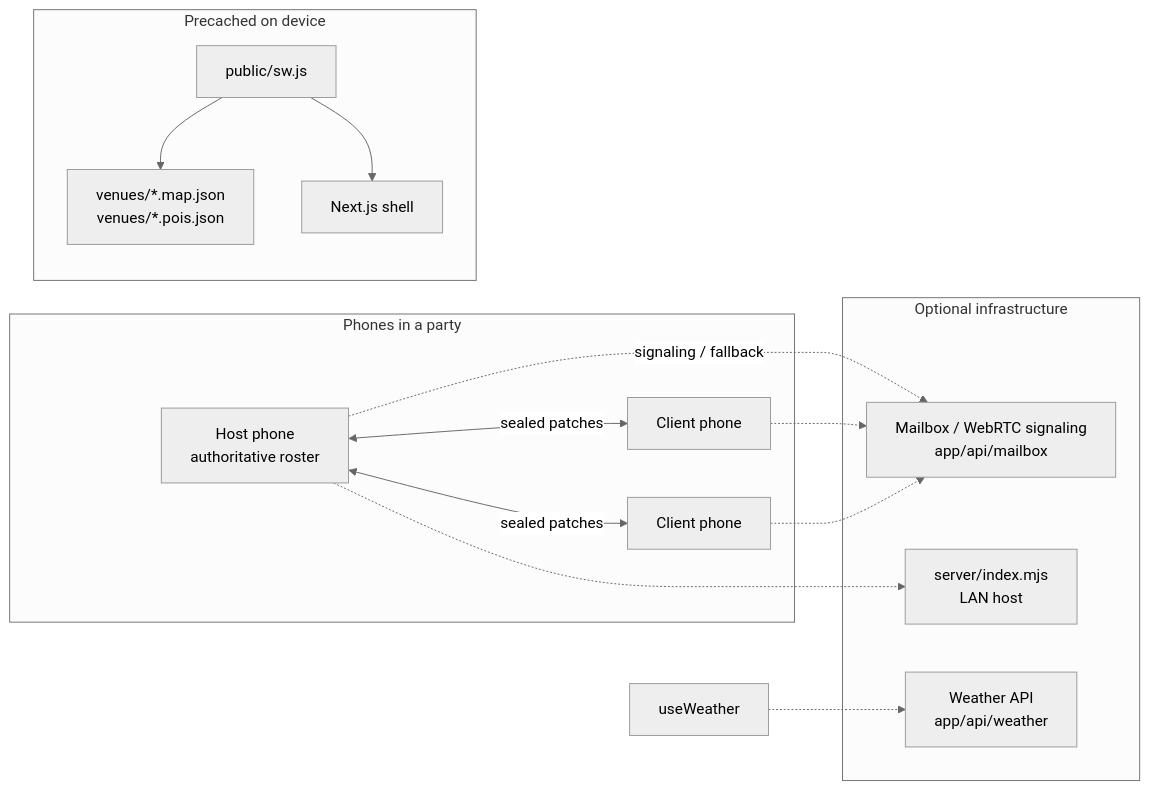
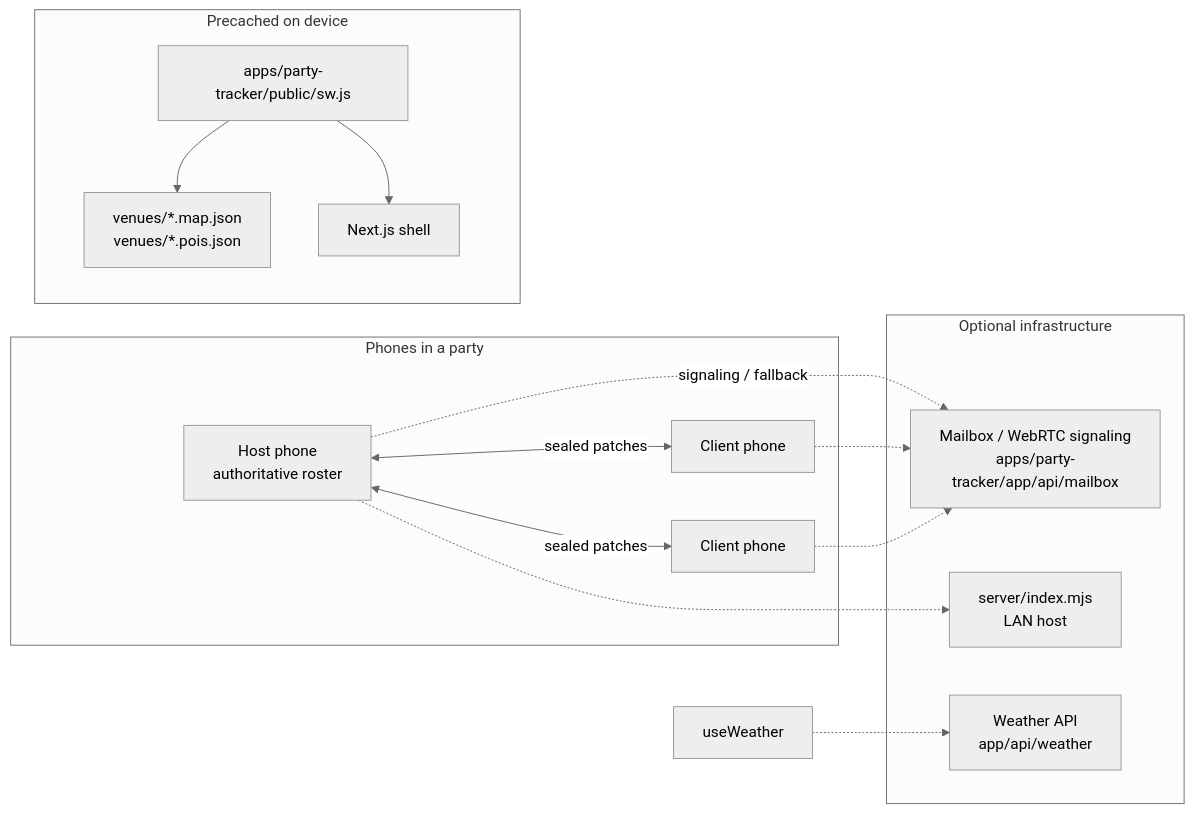
One commit to parthalon025/six-flags-sa changed the second of 8 diagrams in docs/architecture-map.md. Above: the diagram before and after it, drawn with Mermaid (neutral theme). The commit also changed other lines of this file and 13 other files, not shown here.

````diff
--- a/docs/architecture-map.md
+++ b/docs/architecture-map.md
@@ -70,30 +70,30 @@
 ```mermaid
 flowchart LR
   subgraph devices ["Phones in a party"]
     H["Host phone<br/>authoritative roster"]
     C1["Client phone"]
     C2["Client phone"]
   end
 
   subgraph optional ["Optional infrastructure"]
-    RELAY["Mailbox / WebRTC signaling<br/>app/api/mailbox"]
+    RELAY["Mailbox / WebRTC signaling<br/>apps/party-tracker/app/api/mailbox"]
     SYNC["server/index.mjs<br/>LAN host"]
     WX["Weather API<br/>app/api/weather"]
   end
 
   subgraph static ["Precached on device"]
-    SW["public/sw.js"]
+    SW["apps/party-tracker/public/sw.js"]
     VEN["venues/*.map.json<br/>venues/*.pois.json"]
     SHELL["Next.js shell"]
   end
 
   H <-->|"sealed patches"| C1
   H <-->|"sealed patches"| C2
   H -.->|"signaling / fallback"| RELAY
   C1 -.-> RELAY
   C2 -.-> RELAY
   H -.-> SYNC
   PAGE_WX["useWeather"] -.-> WX
   SW --> VEN
   SW --> SHELL
 ```
````
